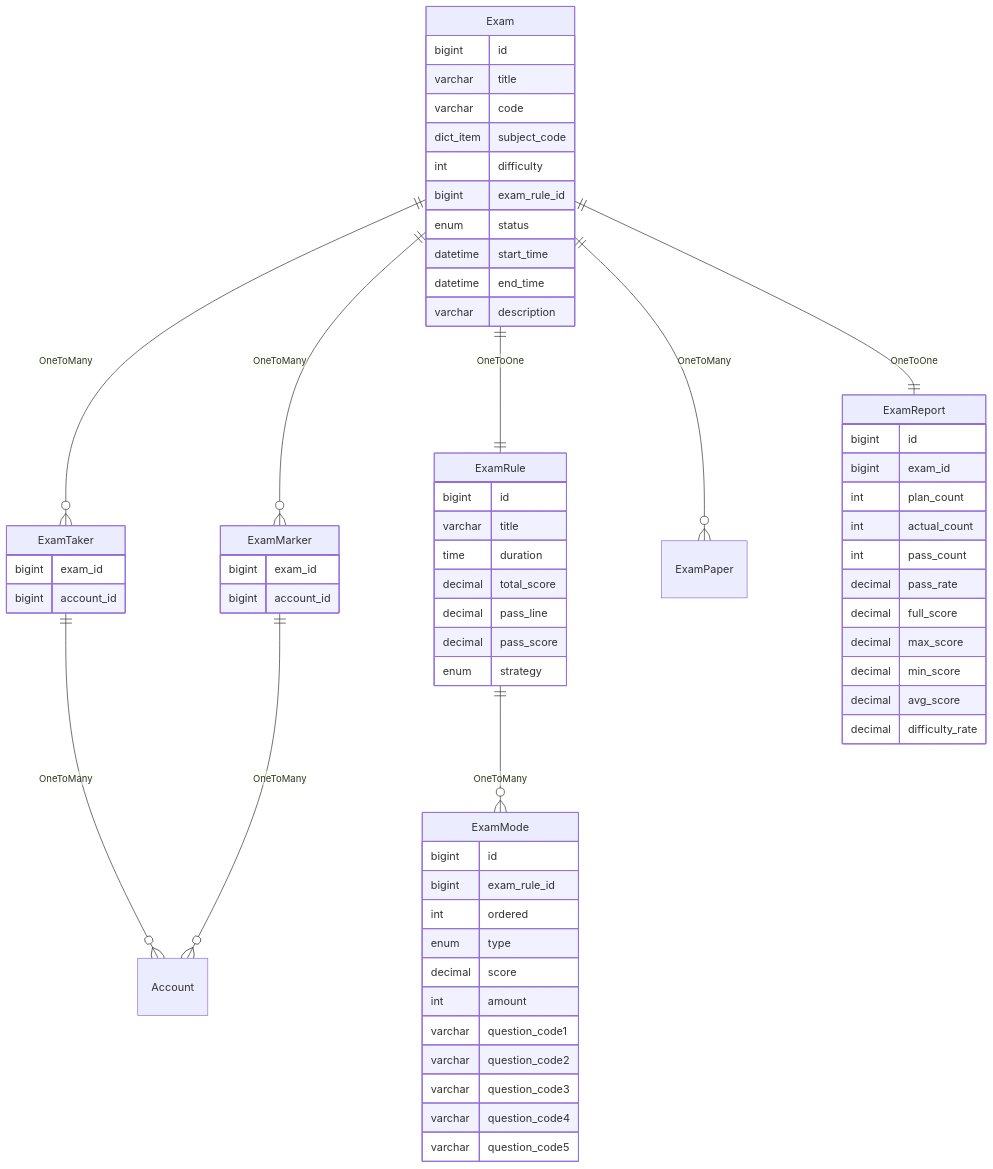
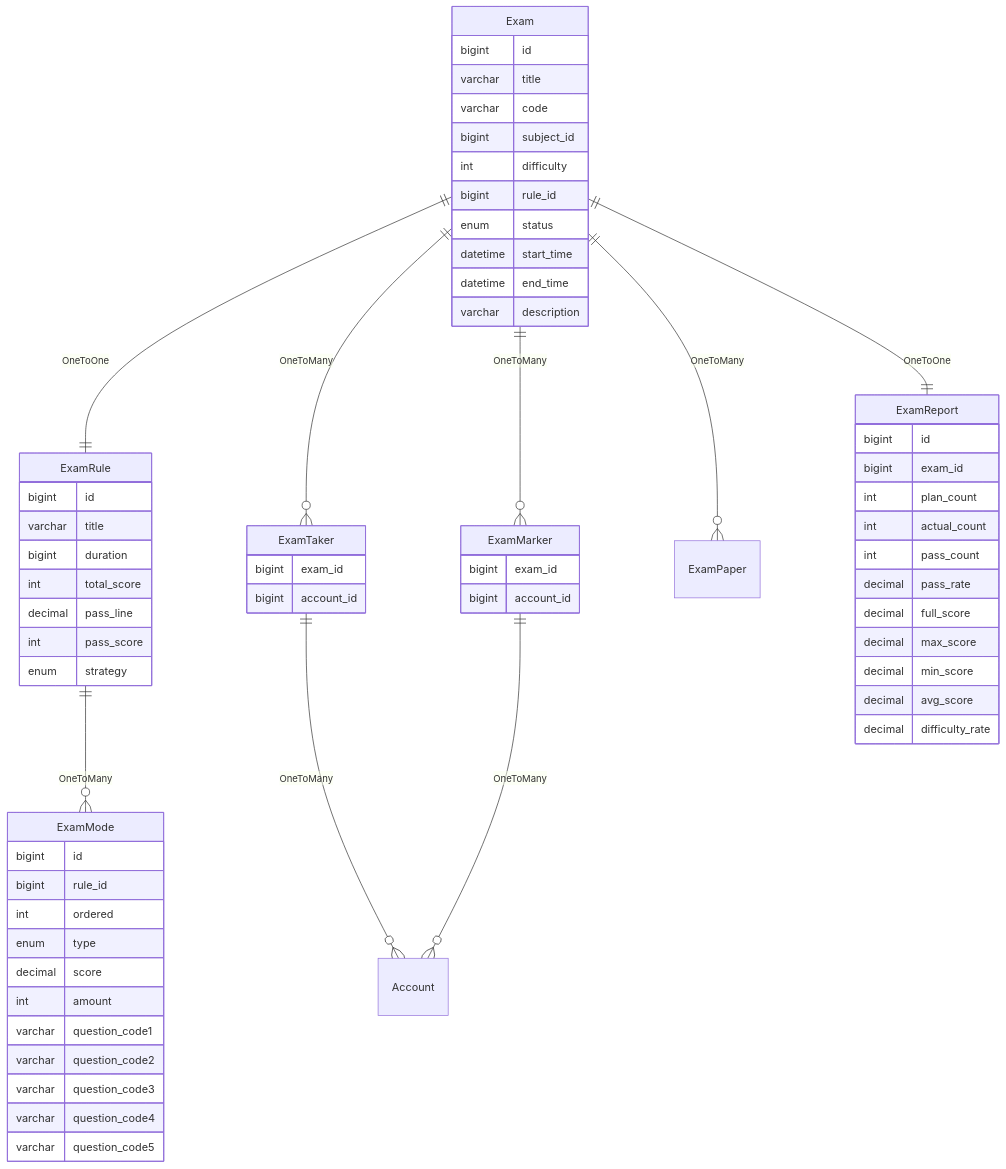
Before and after one commit to mrzhqiang/rowing: the first of 3 diagrams in docs/1.develop/1.10.exam.md, drawn with Mermaid. The commit also changed other lines of this file and 174 other files, not shown here.

````diff
--- a/docs/1.develop/1.10.exam.md
+++ b/docs/1.develop/1.10.exam.md
@@ -36,66 +40,66 @@
 ```mermaid
 erDiagram
+  Exam ||--|| ExamRule : OneToOne
   Exam ||--o{ ExamTaker : OneToMany
+  ExamTaker ||--o{ Account : OneToMany
   Exam ||--o{ ExamMarker : OneToMany
-  ExamTaker ||--o{ Account : OneToMany
   ExamMarker ||--o{ Account : OneToMany
-  Exam ||--|| ExamRule : OneToOne
   ExamRule ||--o{ ExamMode : OneToMany
   Exam ||--o{ ExamPaper : OneToMany
   Exam ||--|| ExamReport : OneToOne
   Exam {
     bigint    id
     varchar   title
     varchar   code
-    dict_item subject_code
+    bigint    subject_id
     int       difficulty
-    bigint    exam_rule_id
+    bigint    rule_id
     enum      status
     datetime  start_time
     datetime  end_time
     varchar   description
   }
-  ExamTaker {
-    bigint    exam_id
-    bigint    account_id
-  }
-  ExamMarker {
-    bigint    exam_id
-    bigint    account_id
-  }
   ExamRule {
     bigint    id
     varchar   title
-    time      duration
-    decimal   total_score
+    bigint    duration
+    int       total_score
     decimal   pass_line
-    decimal   pass_score
+    int       pass_score
     enum      strategy
   }
   ExamMode {
     bigint    id
-    bigint    exam_rule_id
+    bigint    rule_id
     int       ordered
     enum      type
     decimal   score
     int       amount
     varchar   question_code1
     varchar   question_code2
     varchar   question_code3
     varchar   question_code4
     varchar   question_code5
+  }
+  ExamTaker {
+    bigint    exam_id
+    bigint    account_id
+  }
+  ExamMarker {
+    bigint    exam_id
+    bigint    account_id
   }
   ExamReport {
     bigint    id
     bigint    exam_id
     int       plan_count
     int       actual_count
     int       pass_count
     decimal   pass_rate
     decimal   full_score
     decimal   max_score
     decimal   min_score
     decimal   avg_score
     decimal   difficulty_rate
   }
 ```
````
